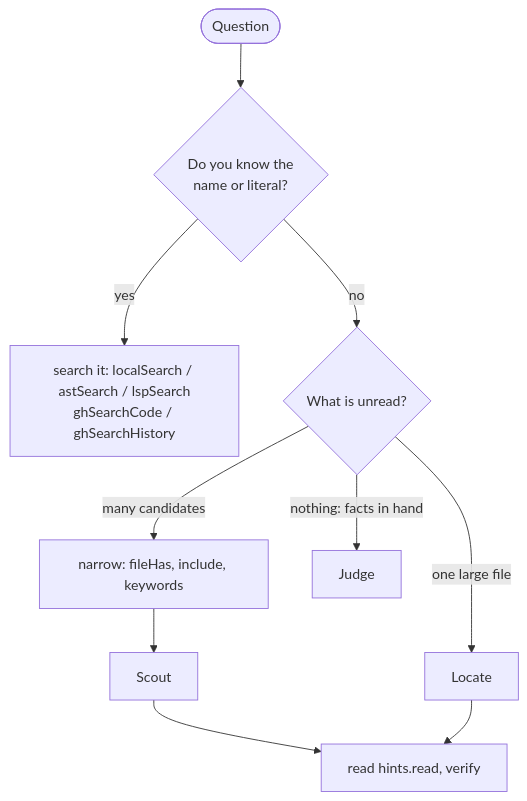
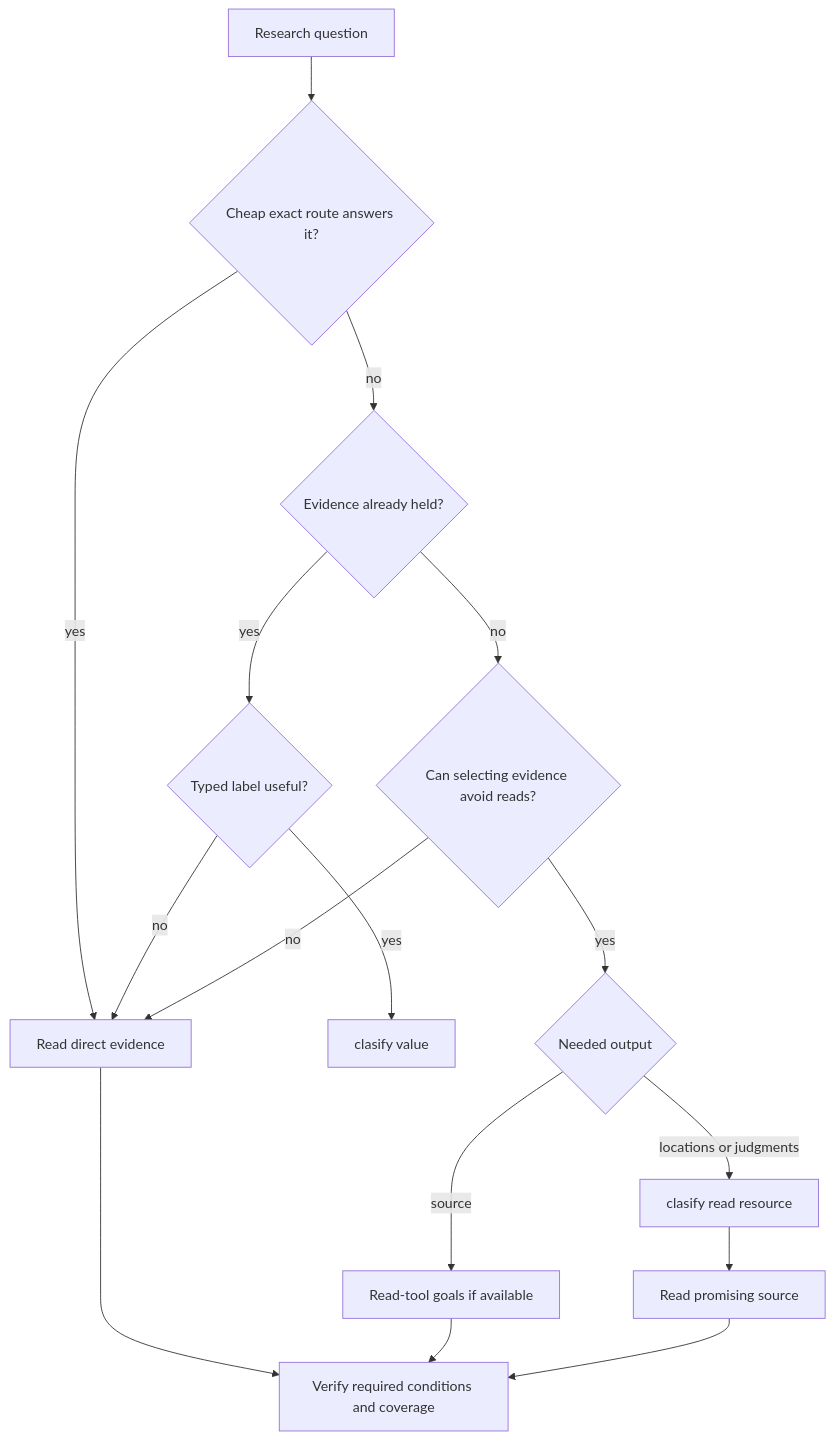
Before and after one commit to bgauryy/octocode-mcp: the first of 2 diagrams in docs/OCTOCODE_CLASIFY.md, drawn with Mermaid. The commit also changed other lines of this file and 233 other files, not shown here.

````diff
--- a/docs/OCTOCODE_CLASIFY.md
+++ b/docs/OCTOCODE_CLASIFY.md
@@ -111,11 +16,16 @@
 ```mermaid
 flowchart TD
-    Q([Question]) --> L{Do you know the<br/>name or literal?}
-    L -- yes --> S[search it: localSearch / astSearch / lspSearch<br/>ghSearchCode / ghSearchHistory]
-    L -- no --> K{What is unread?}
-    K -- "many candidates" --> N[narrow: fileHas, include, keywords] --> SC[Scout]
-    K -- "one large file" --> LO[Locate]
-    K -- "nothing: facts in hand" --> J[Judge]
-    SC --> V[read hints.read, verify]
-    LO --> V
+    Q[Research question] --> E{Cheap exact route answers it?}
+    E -- yes --> D[Read direct evidence]
+    E -- no --> H{Evidence already held?}
+    H -- yes --> L{Typed label useful?}
+    L -- yes --> J[clasify value]
+    L -- no --> D
+    H -- no --> B{Can selecting evidence avoid reads?}
+    B -- no --> D
+    B -- yes --> O{Needed output}
+    O -- source --> G[Read-tool goals if available]
+    O -- locations or judgments --> C[clasify read resource]
+    C --> R[Read promising source]
+    D & G & R --> V[Verify required conditions and coverage]
 ```
````
